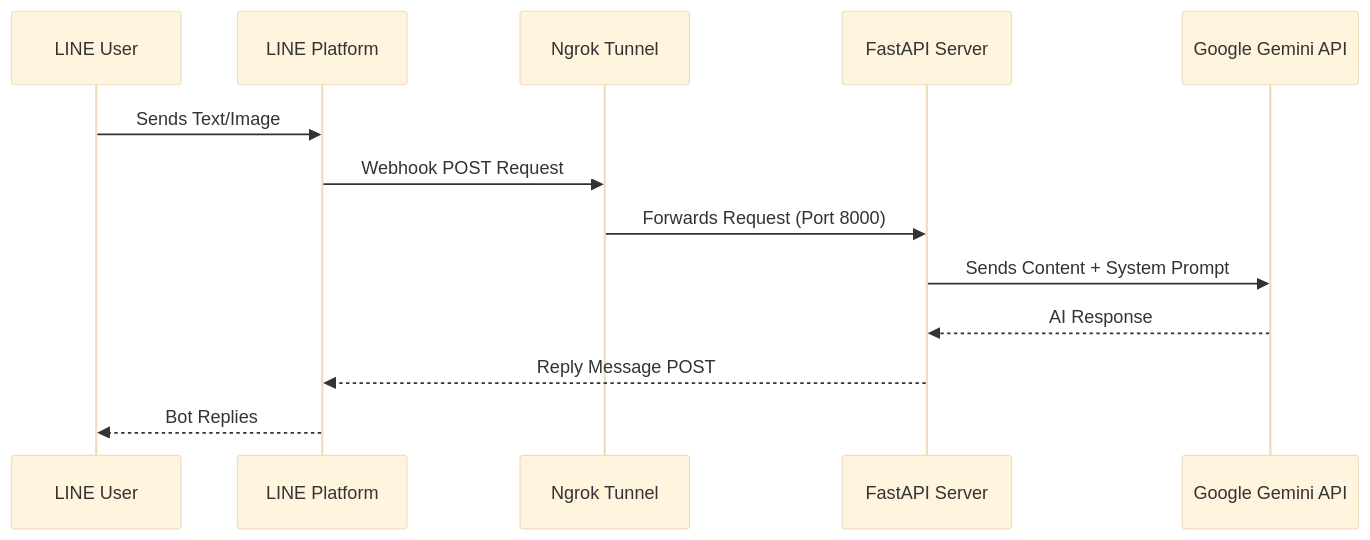
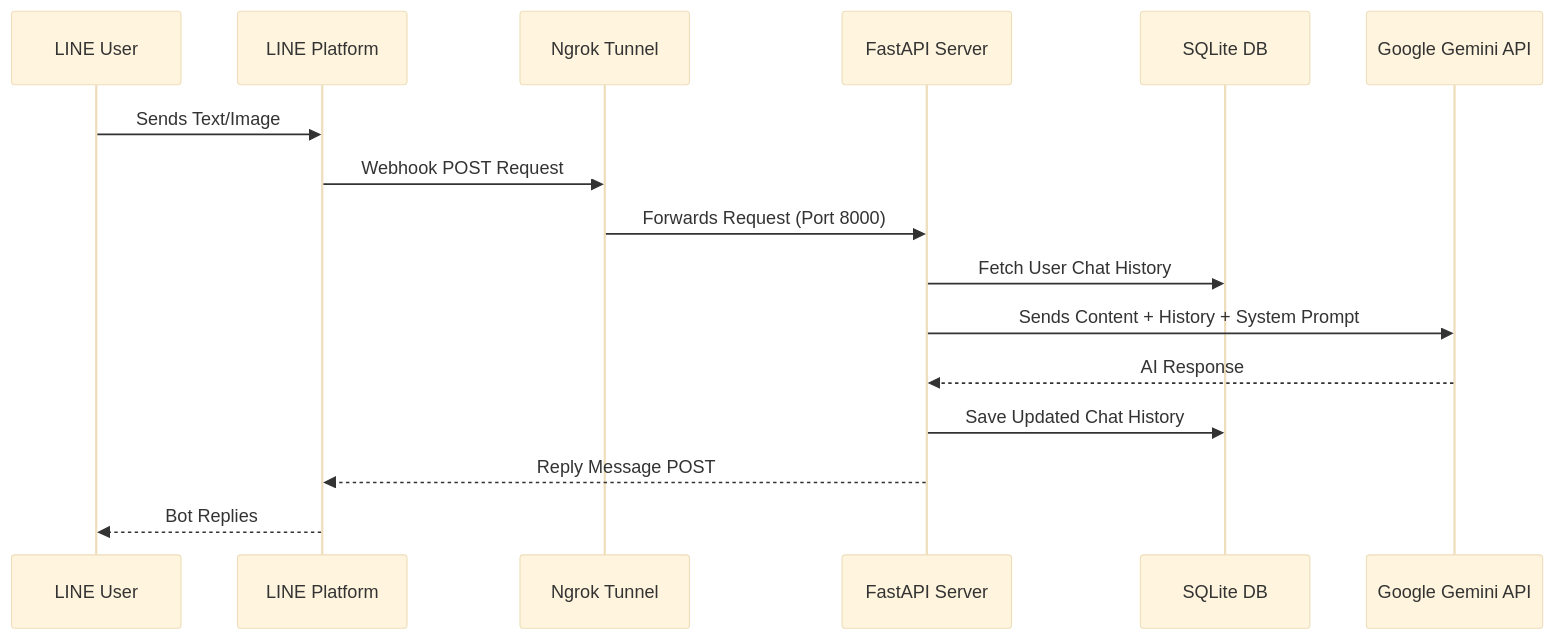
The diagram in README.md (welltilln/fastapi-line-gemini), drawn with Mermaid (base theme) before and after one commit. The commit also changed other lines of this file and 3 other files, not shown here.

````diff
--- a/README.md
+++ b/README.md
@@ -12,16 +12,19 @@
 ```mermaid
 sequenceDiagram
     participant User as LINE User
     participant LINE as LINE Platform
     participant Ngrok as Ngrok Tunnel
     participant App as FastAPI Server
+    participant DB as SQLite DB
     participant Gemini as Google Gemini API
 
     User->>LINE: Sends Text/Image
     LINE->>Ngrok: Webhook POST Request
     Ngrok->>App: Forwards Request (Port 8000)
-    App->>Gemini: Sends Content + System Prompt
+    App->>DB: Fetch User Chat History
+    App->>Gemini: Sends Content + History + System Prompt
     Gemini-->>App: AI Response
+    App->>DB: Save Updated Chat History
     App-->>LINE: Reply Message POST
     LINE-->>User: Bot Replies
 ```
````
